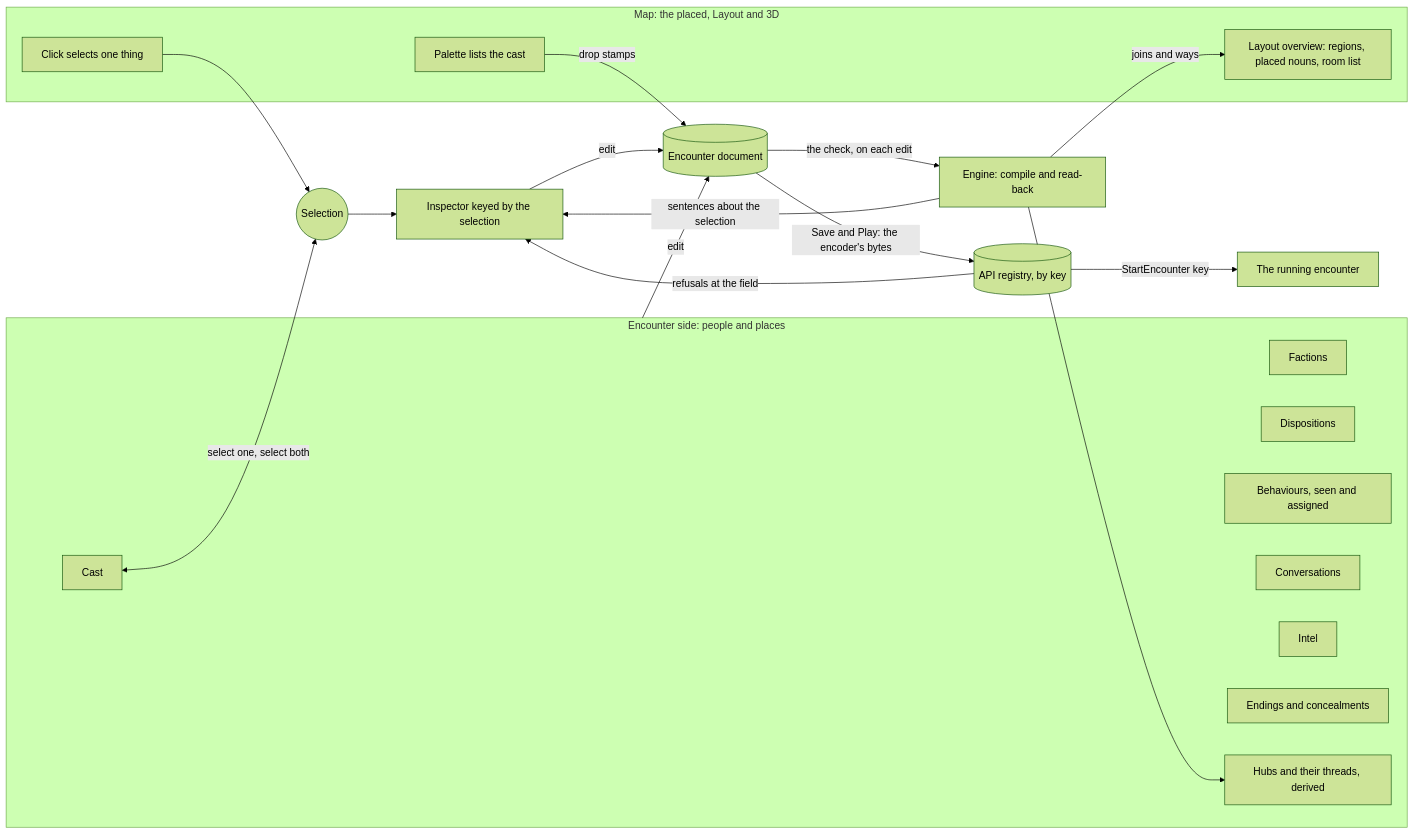
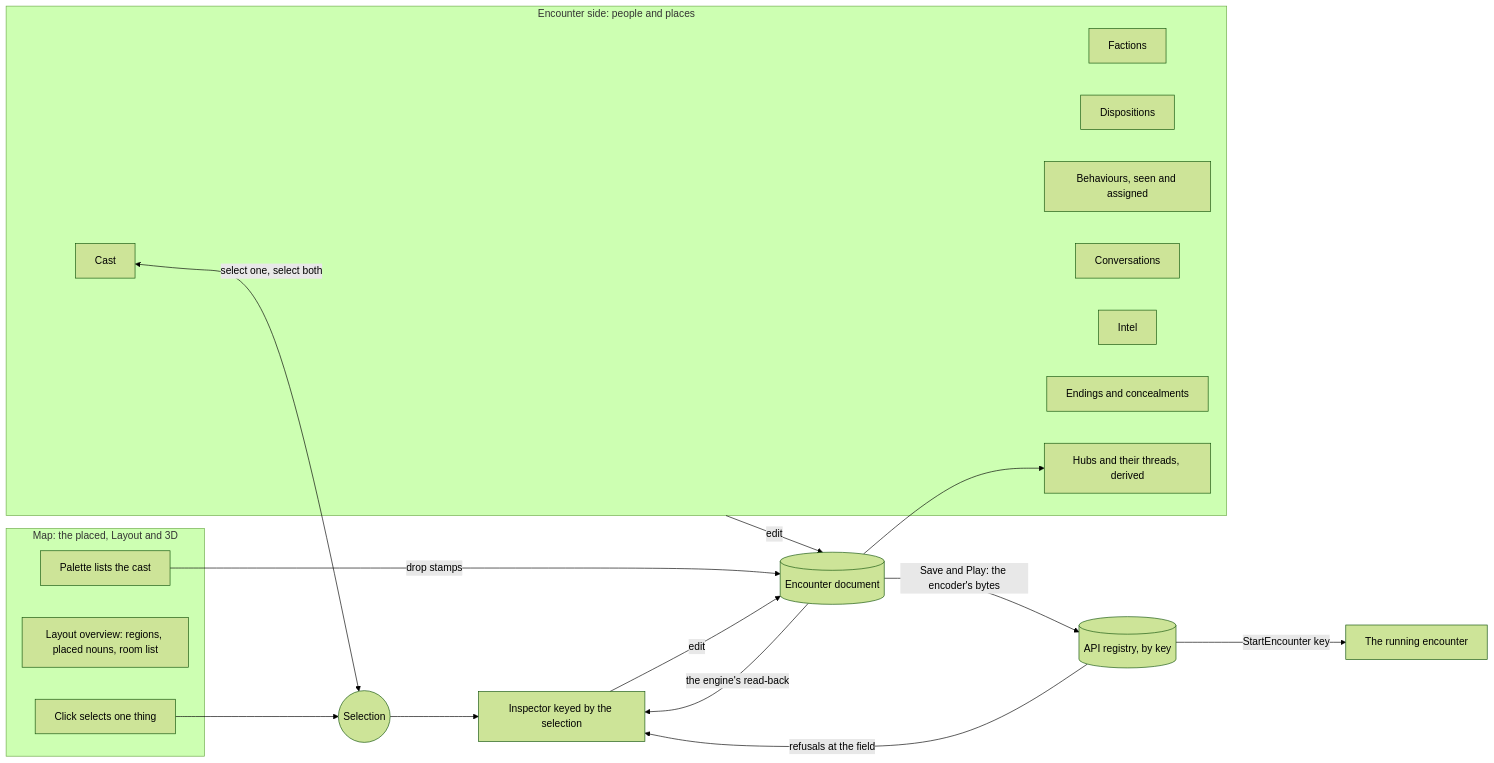
Before and after one commit to KirkDiggler/rpg-project: the first of 5 diagrams in ideas/encounter-studio/design.md, drawn with Mermaid (forest theme). The commit also changed other lines of this file, not shown here.

First line of the commit message:
design(encounter-studio): diagrams follow one statement and one join

````diff
--- a/ideas/encounter-studio/design.md
+++ b/ideas/encounter-studio/design.md
@@ -19,35 +19,33 @@
 ```mermaid
 flowchart LR
     subgraph Home[Encounter side: people and places]
         Cast[Cast]
         Factions[Factions]
         Disp[Dispositions]
         Beh[Behaviours, seen and assigned]
         Conv[Conversations]
         Intel[Intel]
         Endings[Endings and concealments]
         Threads[Hubs and their threads, derived]
     end
     subgraph Map[Map: the placed, Layout and 3D]
         Palette[Palette lists the cast]
         Overview[Layout overview: regions, placed nouns, room list]
         Pick[Click selects one thing]
     end
     Sel((Selection))
     Insp[Inspector keyed by the selection]
     Doc[(Encounter document)]
 
     Cast <-->|select one, select both| Sel
     Pick --> Sel
     Sel --> Insp
     Palette -->|drop stamps| Doc
     Insp -->|edit| Doc
     Home -->|edit| Doc
-    Doc -->|the check, on each edit| Eng[Engine: compile and read-back]
-    Eng -->|sentences about the selection| Insp
-    Eng -->|joins and ways| Overview
-    Eng --> Threads
+    Doc -->|the engine's read-back| Insp
+    Doc --> Threads
     Doc -->|Save and Play: the encoder's bytes| Reg[(API registry, by key)]
     Reg -->|refusals at the field| Insp
     Reg -->|StartEncounter key| Play[The running encounter]
 ```
````
